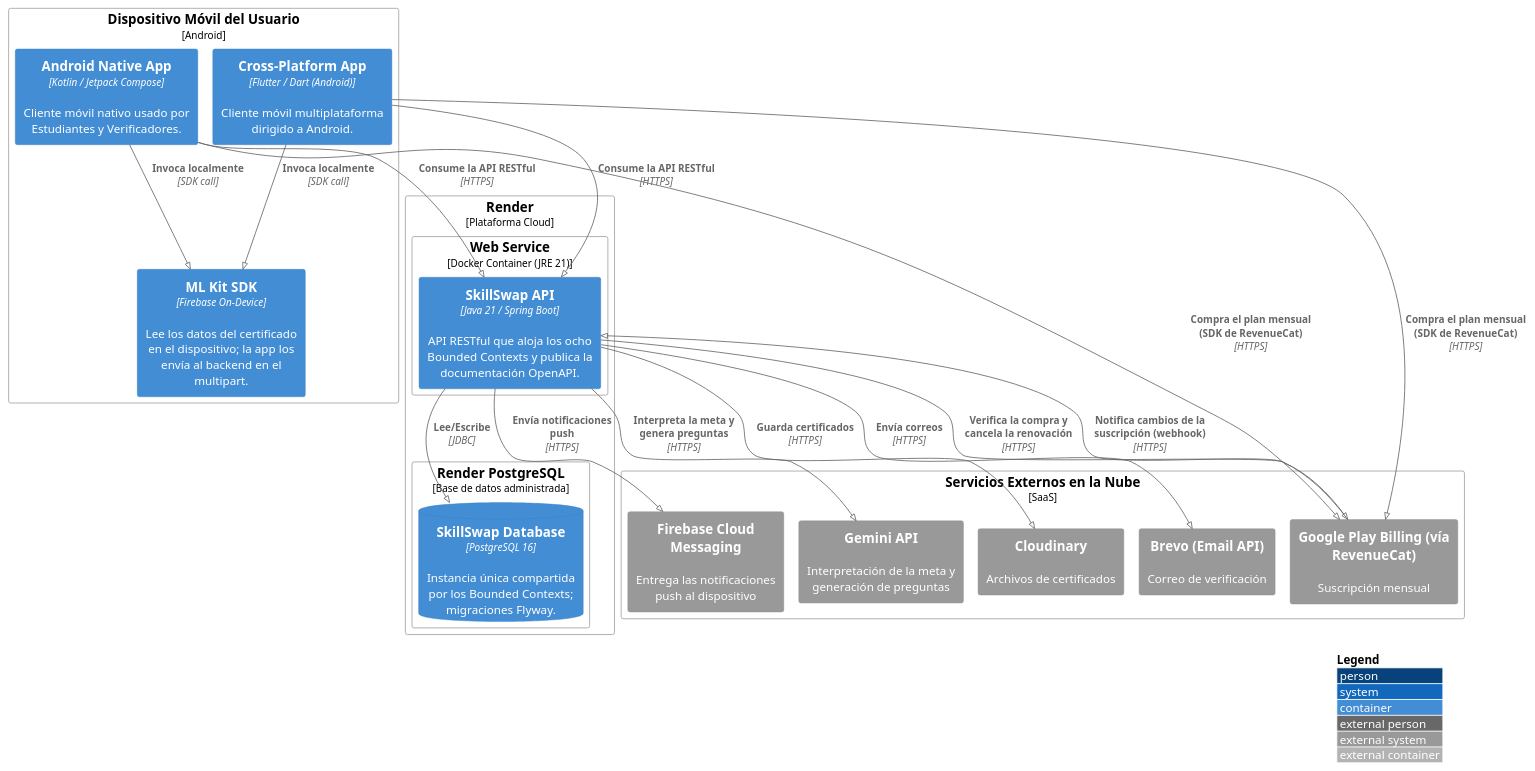
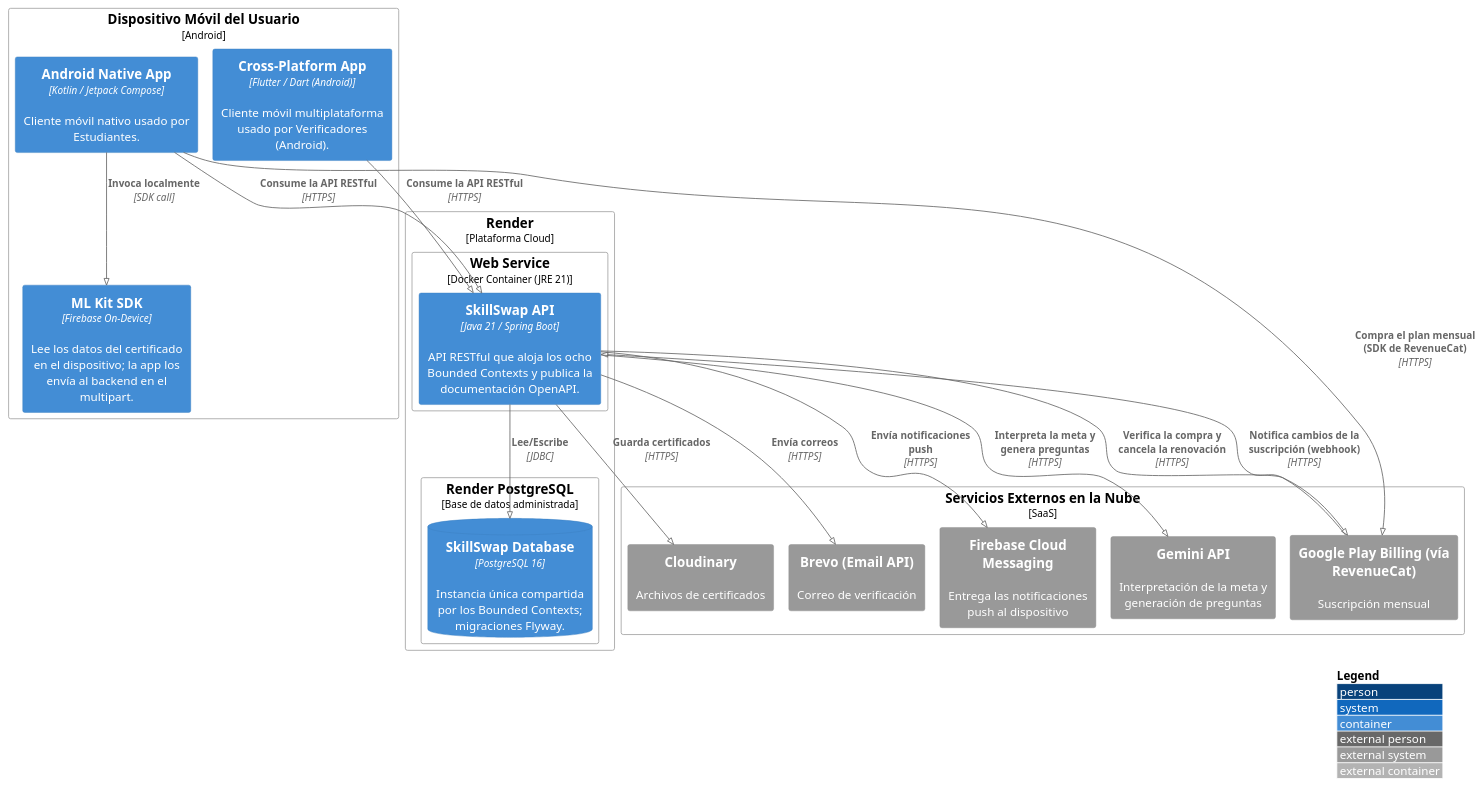
One commit to Aplicaciones-Dispositivos-Moviles/SkillSwap-ProjectReport changed the diagram in DB&C4/Deployment Diagram.puml. Above: the diagram before and after it, drawn with PlantUML. The commit also changed 5 other files, not shown here.

Commit message:
docs(c4): differentiate actors by app in context, container and deployment diagrams

```diff
--- a/DB&C4/Deployment Diagram.puml
+++ b/DB&C4/Deployment Diagram.puml
@@ -1,47 +1,45 @@
 @startuml SkillSwapDeployment
 !pragma layout smetana
 !include https://raw.githubusercontent.com/plantuml-stdlib/C4-PlantUML/master/C4_Deployment.puml
 
 LAYOUT_WITH_LEGEND()
 
 Deployment_Node(userDevice, "Dispositivo Móvil del Usuario", "Android"){
-    Container(androidApp, "Android Native App", "Kotlin / Jetpack Compose", "Cliente móvil nativo usado por Estudiantes y Verificadores.")
-    Container(flutterApp, "Cross-Platform App", "Flutter / Dart (Android)", "Cliente móvil multiplataforma dirigido a Android.")
+    Container(androidApp, "Android Native App", "Kotlin / Jetpack Compose", "Cliente móvil nativo usado por Estudiantes.")
+    Container(flutterApp, "Cross-Platform App", "Flutter / Dart (Android)", "Cliente móvil multiplataforma usado por Verificadores (Android).")
     Container(mlKitSdk, "ML Kit SDK", "Firebase On-Device", "Lee los datos del certificado en el dispositivo; la app los envía al backend en el multipart.")
 }
 
 Deployment_Node(cloudPlatform, "Render", "Plataforma Cloud"){
     Deployment_Node(backendRuntime, "Web Service", "Docker Container (JRE 21)"){
         Container(api, "SkillSwap API", "Java 21 / Spring Boot", "API RESTful que aloja los ocho Bounded Contexts y publica la documentación OpenAPI.")
     }
     Deployment_Node(dbServer, "Render PostgreSQL", "Base de datos administrada"){
         ContainerDb(mainDB, "SkillSwap Database", "PostgreSQL 16", "Instancia única compartida por los Bounded Contexts; migraciones Flyway.")
     }
 }
 
 Deployment_Node(externalCloud, "Servicios Externos en la Nube", "SaaS"){
     System_Ext(cloudStorage, "Cloudinary", "Archivos de certificados")
     System_Ext(emailService, "Brevo (Email API)", "Correo de verificación")
     System_Ext(pushService, "Firebase Cloud Messaging", "Entrega las notificaciones push al dispositivo")
     System_Ext(geminiApi, "Gemini API", "Interpretación de la meta y generación de preguntas")
     System_Ext(playBilling, "Google Play Billing (vía RevenueCat)", "Suscripción mensual")
 }
 
 Rel(androidApp, mlKitSdk, "Invoca localmente", "SDK call")
-Rel(flutterApp, mlKitSdk, "Invoca localmente", "SDK call")
 
 Rel(androidApp, api, "Consume la API RESTful", "HTTPS")
 Rel(flutterApp, api, "Consume la API RESTful", "HTTPS")
 
 Rel(api, mainDB, "Lee/Escribe", "JDBC")
 
 Rel(api, cloudStorage, "Guarda certificados", "HTTPS")
 Rel(api, emailService, "Envía correos", "HTTPS")
 Rel(api, pushService, "Envía notificaciones push", "HTTPS")
 Rel(api, geminiApi, "Interpreta la meta y genera preguntas", "HTTPS")
 Rel(api, playBilling, "Verifica la compra y cancela la renovación", "HTTPS")
 Rel(playBilling, api, "Notifica cambios de la suscripción (webhook)", "HTTPS")
 Rel(androidApp, playBilling, "Compra el plan mensual (SDK de RevenueCat)", "HTTPS")
-Rel(flutterApp, playBilling, "Compra el plan mensual (SDK de RevenueCat)", "HTTPS")
 
 @enduml
```
